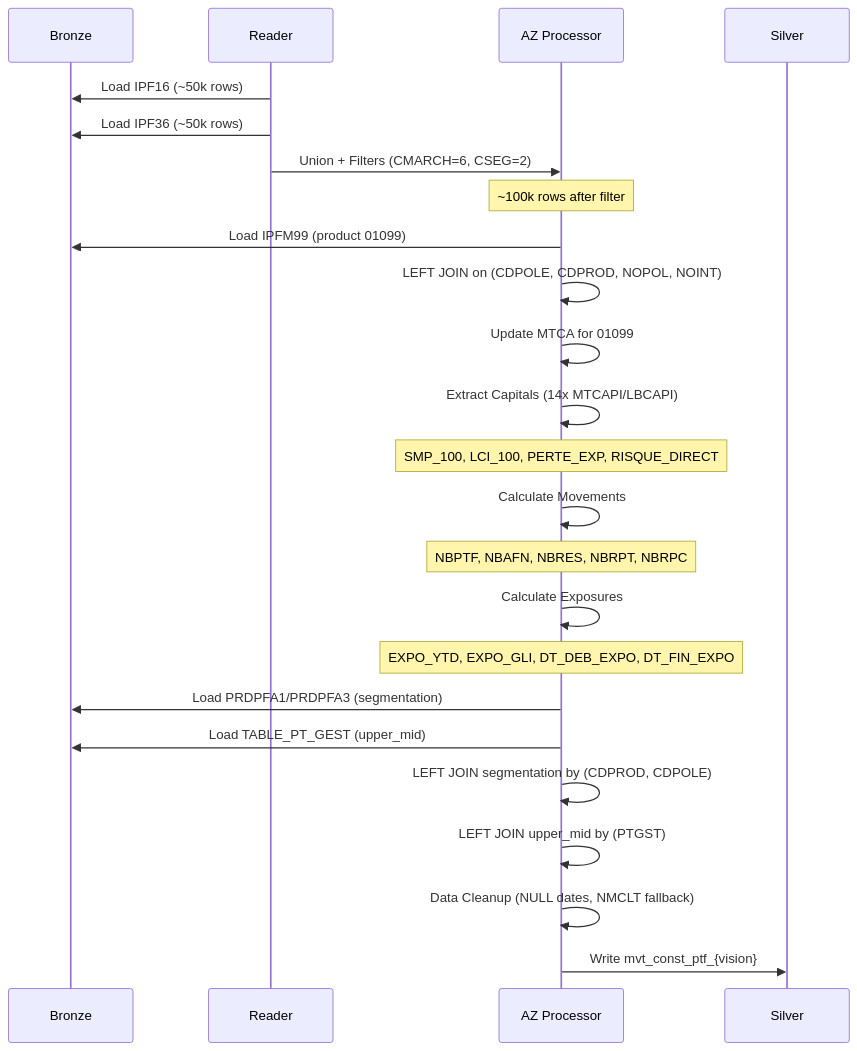
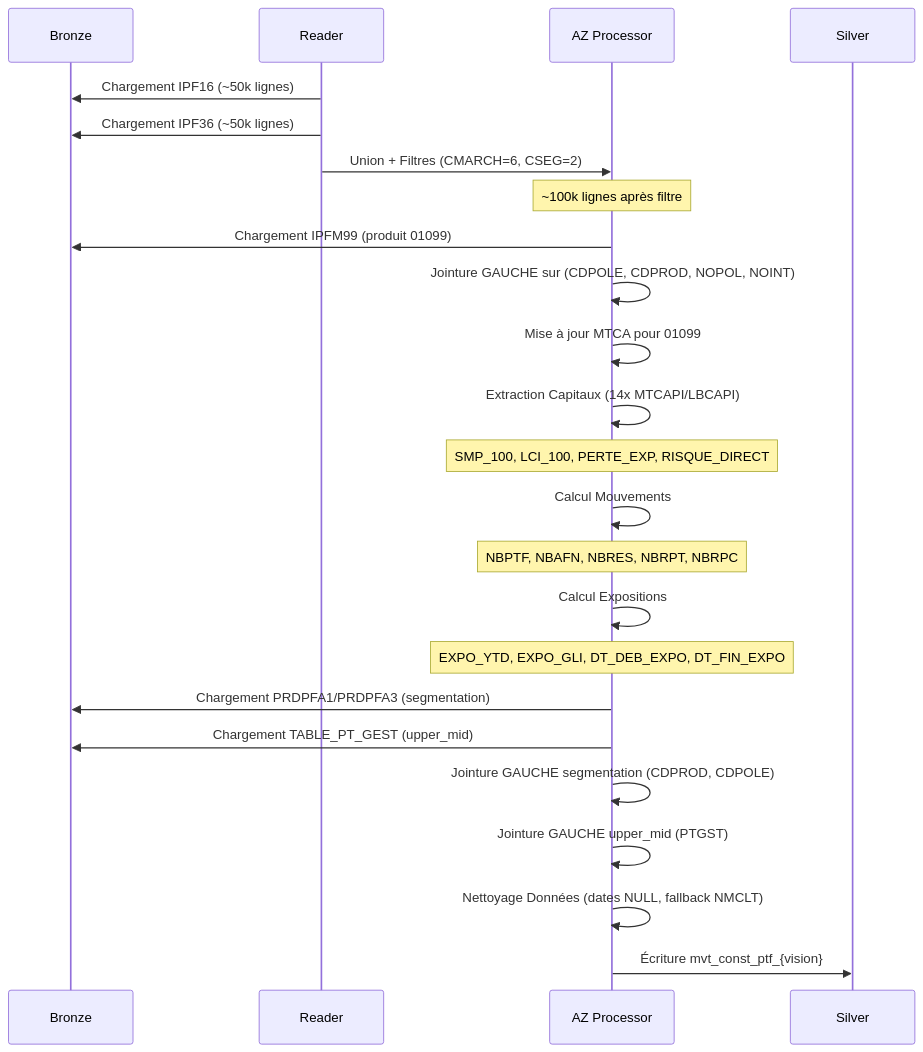
The first of 4 diagrams in code/new_python/docs/flux_donnees_pipelines.md (EngineerProjects/LocalIngest), drawn with Mermaid before and after one commit. The commit also changed other lines of this file and 19 other files, not shown here.

````diff
--- a/code/new_python/docs/flux_donnees_pipelines.md
+++ b/code/new_python/docs/flux_donnees_pipelines.md
@@ -21,35 +21,35 @@
 ```mermaid
 sequenceDiagram
     participant B as Bronze
     participant R as Reader
     participant AZ as AZ Processor
     participant S as Silver
     
-    R->>B: Load IPF16 (~50k rows)
-    R->>B: Load IPF36 (~50k rows)
-    R->>AZ: Union + Filters (CMARCH=6, CSEG=2)
+    R->>B: Chargement IPF16 (~50k lignes)
+    R->>B: Chargement IPF36 (~50k lignes)
+    R->>AZ: Union + Filtres (CMARCH=6, CSEG=2)
     
-    Note over AZ: ~100k rows after filter
+    Note over AZ: ~100k lignes après filtre
     
-    AZ->>B: Load IPFM99 (product 01099)
-    AZ->>AZ: LEFT JOIN on (CDPOLE, CDPROD, NOPOL, NOINT)
-    AZ->>AZ: Update MTCA for 01099
+    AZ->>B: Chargement IPFM99 (produit 01099)
+    AZ->>AZ: Jointure GAUCHE sur (CDPOLE, CDPROD, NOPOL, NOINT)
+    AZ->>AZ: Mise à jour MTCA pour 01099
     
-    AZ->>AZ: Extract Capitals (14x MTCAPI/LBCAPI)
+    AZ->>AZ: Extraction Capitaux (14x MTCAPI/LBCAPI)
     Note over AZ: SMP_100, LCI_100, PERTE_EXP, RISQUE_DIRECT
     
-    AZ->>AZ: Calculate Movements
+    AZ->>AZ: Calcul Mouvements
     Note over AZ: NBPTF, NBAFN, NBRES, NBRPT, NBRPC
     
-    AZ->>AZ: Calculate Exposures
+    AZ->>AZ: Calcul Expositions
     Note over AZ: EXPO_YTD, EXPO_GLI, DT_DEB_EXPO, DT_FIN_EXPO
     
-    AZ->>B: Load PRDPFA1/PRDPFA3 (segmentation)
-    AZ->>B: Load TABLE_PT_GEST (upper_mid)
-    AZ->>AZ: LEFT JOIN segmentation by (CDPROD, CDPOLE)
-    AZ->>AZ: LEFT JOIN upper_mid by (PTGST)
+    AZ->>B: Chargement PRDPFA1/PRDPFA3 (segmentation)
+    AZ->>B: Chargement TABLE_PT_GEST (upper_mid)
+    AZ->>AZ: Jointure GAUCHE segmentation (CDPROD, CDPOLE)
+    AZ->>AZ: Jointure GAUCHE upper_mid (PTGST)
     
-    AZ->>AZ: Data Cleanup (NULL dates, NMCLT fallback)
+    AZ->>AZ: Nettoyage Données (dates NULL, fallback NMCLT)
     
-    AZ->>S: Write mvt_const_ptf_{vision}
+    AZ->>S: Écriture mvt_const_ptf_{vision}
 ```
````
